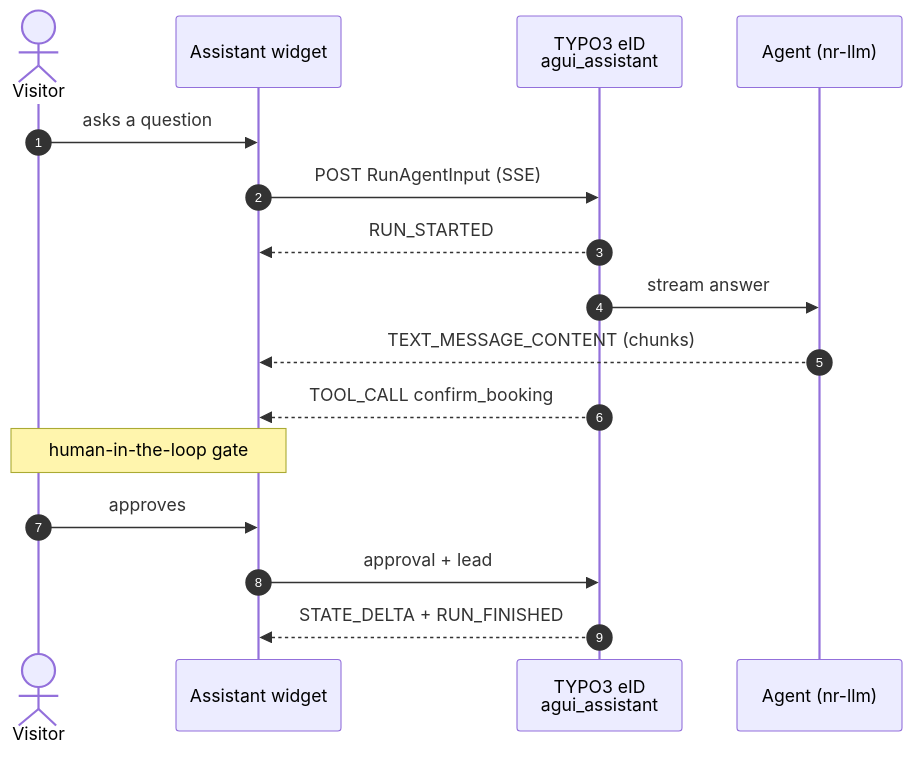
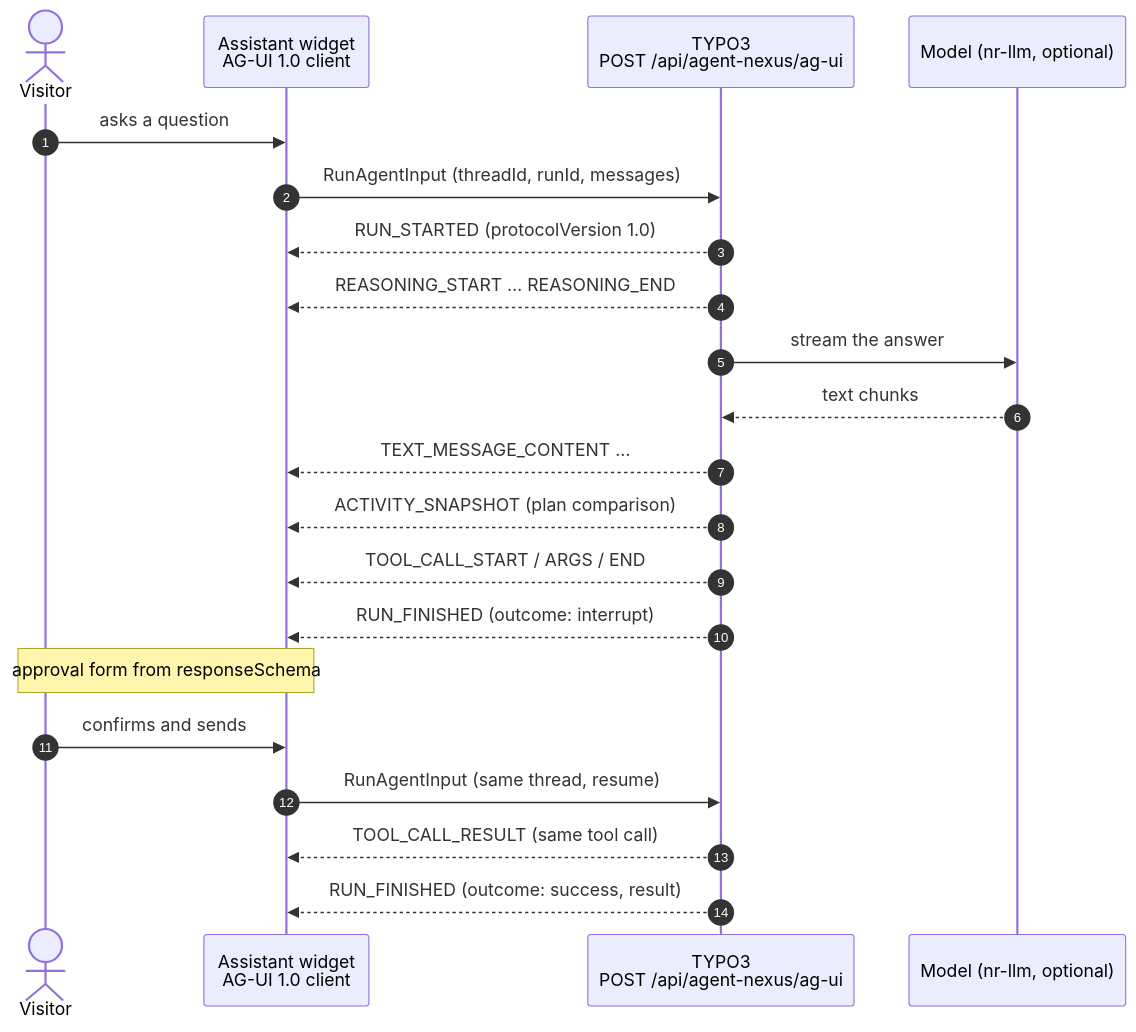
Before and after one commit to dirnbauer/typo3-agent-nexus: the diagram in Build/Diagrams/agui.mmd, drawn with Mermaid. The commit also changed 1 other file, not shown here.

Commit message:
docs(agui): the AG-UI 1.0 flow, endpoint, refusals and curl
The AG-UI page described the 3.1 eID, the lead table and the run log. It
now documents what 4.0 serves: the run as a stream of 1.0 events, human
approval as interrupt and resume, the public endpoint and the console's
backend route, every refusal with its status and reason, the widget's
forwardedProps and when a live model may answer, the run records, what
stays simulated, two curl commands for a full propose and resume, and the
choices made where the specification leaves room.

The sequence diagram source follows the same flow; the rendered SVG is
left to the diagram build.

```diff
--- a/Build/Diagrams/agui.mmd
+++ b/Build/Diagrams/agui.mmd
@@ -1,16 +1,21 @@
 sequenceDiagram
     autonumber
     actor V as Visitor
-    participant W as Assistant widget
-    participant E as TYPO3 eID<br/>agui_assistant
-    participant A as Agent (nr-llm)
+    participant W as Assistant widget<br/>AG-UI 1.0 client
+    participant E as TYPO3<br/>POST /api/agent-nexus/ag-ui
+    participant M as Model (nr-llm, optional)
     V->>W: asks a question
-    W->>E: POST RunAgentInput (SSE)
-    E-->>W: RUN_STARTED
-    E->>A: stream answer
-    A-->>W: TEXT_MESSAGE_CONTENT (chunks)
-    E-->>W: TOOL_CALL confirm_booking
-    Note over V,W: human-in-the-loop gate
-    V->>W: approves
-    W->>E: approval + lead
-    E-->>W: STATE_DELTA + RUN_FINISHED
+    W->>E: RunAgentInput (threadId, runId, messages)
+    E-->>W: RUN_STARTED (protocolVersion 1.0)
+    E-->>W: REASONING_START … REASONING_END
+    E->>M: stream the answer
+    M-->>E: text chunks
+    E-->>W: TEXT_MESSAGE_CONTENT …
+    E-->>W: ACTIVITY_SNAPSHOT (plan comparison)
+    E-->>W: TOOL_CALL_START / ARGS / END
+    E-->>W: RUN_FINISHED (outcome: interrupt)
+    Note over V,W: approval form from responseSchema
+    V->>W: confirms and sends
+    W->>E: RunAgentInput (same thread, resume)
+    E-->>W: TOOL_CALL_RESULT (same tool call)
+    E-->>W: RUN_FINISHED (outcome: success, result)
```
